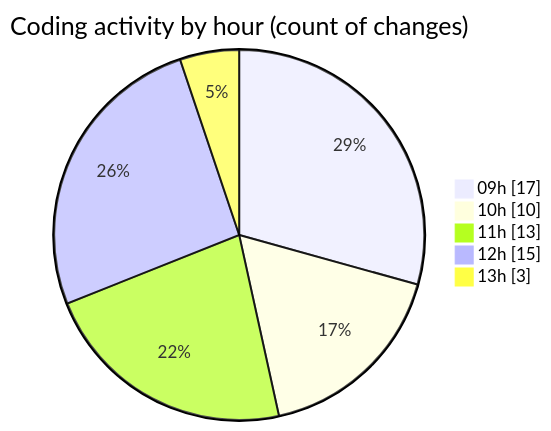
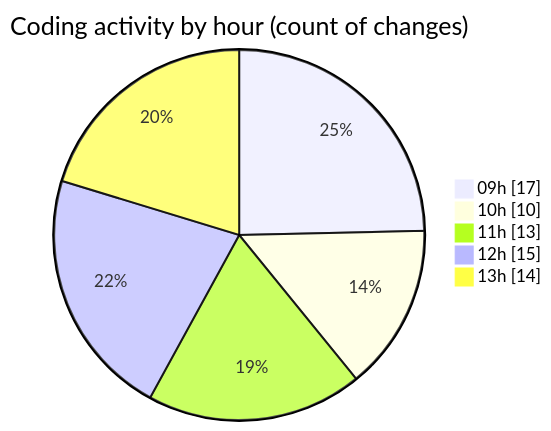
The second of 2 diagrams in 2026-06-04/cda/README.md (momahboobian/code-tracking), drawn with Mermaid before and after one commit. The commit also changed other lines of this file and 1 other file, not shown here.

````diff
--- a/2026-06-04/cda/README.md
+++ b/2026-06-04/cda/README.md
@@ -53,9 +57,9 @@
 ```mermaid
 pie showData
 title Coding activity by hour (count of changes)
 "09h" : 17
 "10h" : 10
 "11h" : 13
 "12h" : 15
-"13h" : 3
+"13h" : 14
 ```
````
